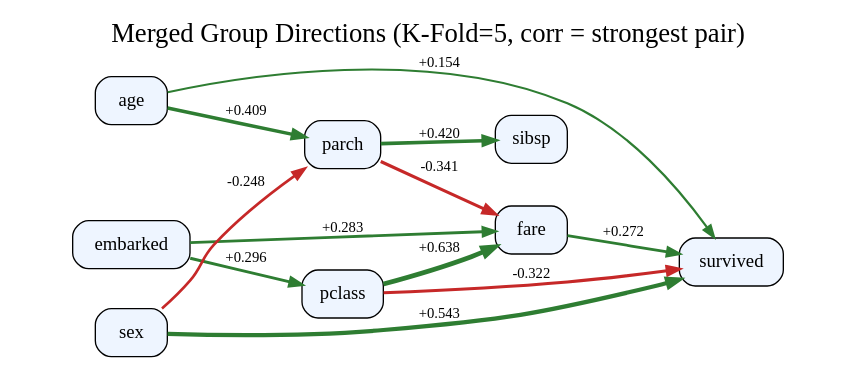
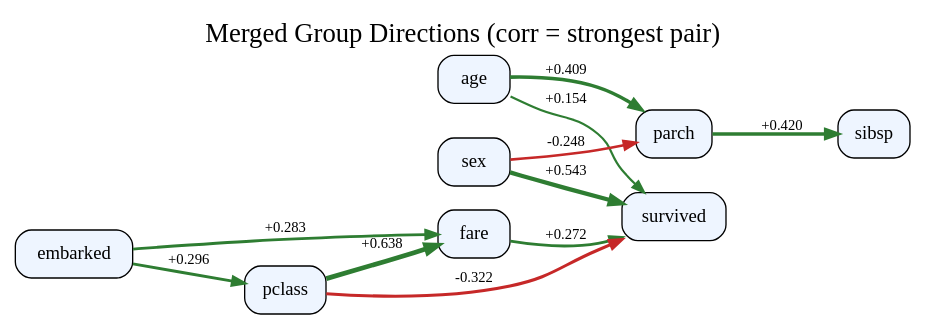
One commit to AKANEMO22/MedTCAX-Causal-Argumentative-Explainability changed the diagram in causal_argumentation-main/outputs_titanic/fci_experiment/merged_groups_fci_weighted.dot. Above: the diagram before and after it, drawn with Graphviz. The commit also changed 23 other files, not shown here.

```diff
--- a/causal_argumentation-main/outputs_titanic/fci_experiment/merged_groups_fci_weighted.dot
+++ b/causal_argumentation-main/outputs_titanic/fci_experiment/merged_groups_fci_weighted.dot
@@ -1,25 +1,24 @@
 digraph G {
 rankdir=LR;
-label="Merged Group Directions (K-Fold=5, corr = strongest pair)";
+label="Merged Group Directions (corr = strongest pair)";
 labelloc=t;
 fontsize=20;
 age [shape=box, style="rounded,filled", fillcolor="#eef5ff"];
 embarked [shape=box, style="rounded,filled", fillcolor="#eef5ff"];
 fare [shape=box, style="rounded,filled", fillcolor="#eef5ff"];
 parch [shape=box, style="rounded,filled", fillcolor="#eef5ff"];
 pclass [shape=box, style="rounded,filled", fillcolor="#eef5ff"];
 sex [shape=box, style="rounded,filled", fillcolor="#eef5ff"];
 sibsp [shape=box, style="rounded,filled", fillcolor="#eef5ff"];
 survived [shape=box, style="rounded,filled", fillcolor="#eef5ff"];
-fare -> survived [arrowsize=0.9, label=" +0.272 ", fontsize=11, color="#2e7d32", penwidth=2.0897039893171288];
-sex -> parch [arrowsize=0.9, label=" -0.248 ", fontsize=11, color="#c62828", penwidth=1.9900907139670658];
-pclass -> fare [arrowsize=0.9, label=" +0.638 ", fontsize=11, color="#2e7d32", penwidth=3.5529025850904143];
-sex -> survived [arrowsize=0.9, label=" +0.543 ", fontsize=11, color="#2e7d32", penwidth=3.17340552263102];
+age -> survived [arrowsize=0.9, label=" +0.154 ", fontsize=11, color="#2e7d32", penwidth=1.6177861699496239];
 embarked -> pclass [arrowsize=0.9, label=" +0.296 ", fontsize=11, color="#2e7d32", penwidth=2.1856907175866684];
-parch -> fare [arrowsize=0.9, label=" -0.341 ", fontsize=11, color="#c62828", penwidth=2.3620449319349763];
-age -> survived [arrowsize=0.9, label=" +0.154 ", fontsize=11, color="#2e7d32", penwidth=1.6177861699496239];
+age -> parch [arrowsize=0.9, label=" +0.409 ", fontsize=11, color="#2e7d32", penwidth=2.6369918056082815];
 parch -> sibsp [arrowsize=0.9, label=" +0.420 ", fontsize=11, color="#2e7d32", penwidth=2.680932707475021];
 pclass -> survived [arrowsize=0.9, label=" -0.322 ", fontsize=11, color="#c62828", penwidth=2.2892334294918806];
 embarked -> fare [arrowsize=0.9, label=" +0.283 ", fontsize=11, color="#2e7d32", penwidth=2.131628284544541];
-age -> parch [arrowsize=0.9, label=" +0.409 ", fontsize=11, color="#2e7d32", penwidth=2.6369918056082815];
+sex -> parch [arrowsize=0.9, label=" -0.248 ", fontsize=11, color="#c62828", penwidth=1.9900907139670658];
+sex -> survived [arrowsize=0.9, label=" +0.543 ", fontsize=11, color="#2e7d32", penwidth=3.17340552263102];
+pclass -> fare [arrowsize=0.9, label=" +0.638 ", fontsize=11, color="#2e7d32", penwidth=3.5529025850904143];
+fare -> survived [arrowsize=0.9, label=" +0.272 ", fontsize=11, color="#2e7d32", penwidth=2.0897039893171288];
 }
```
